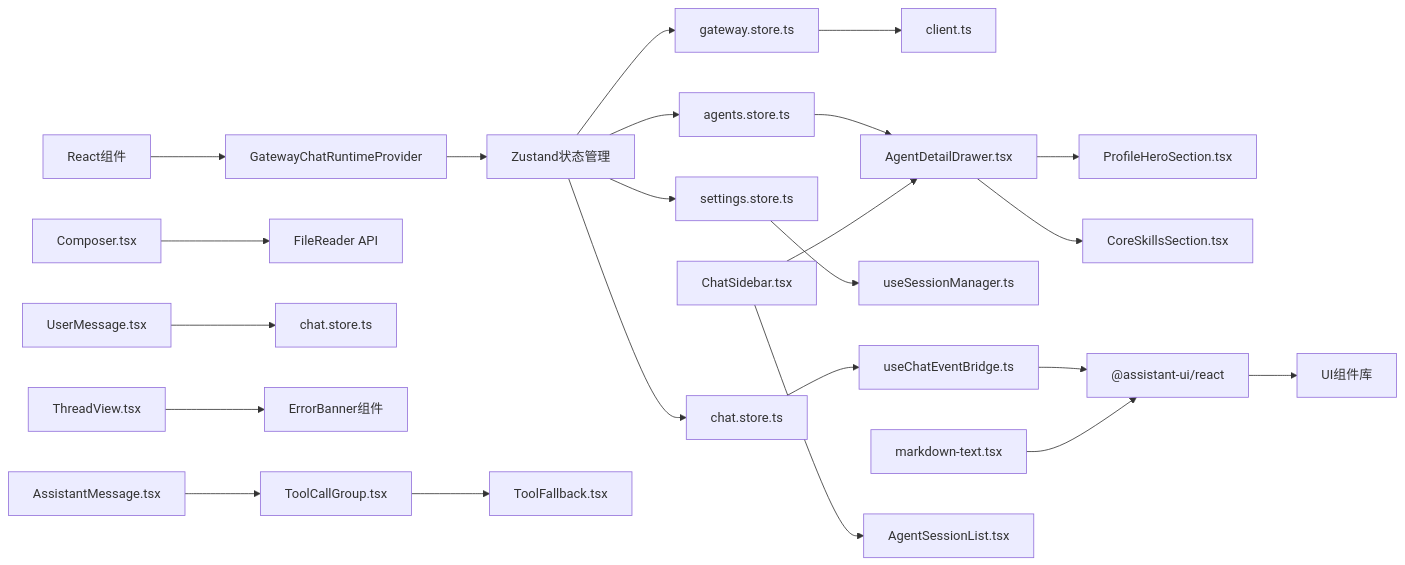
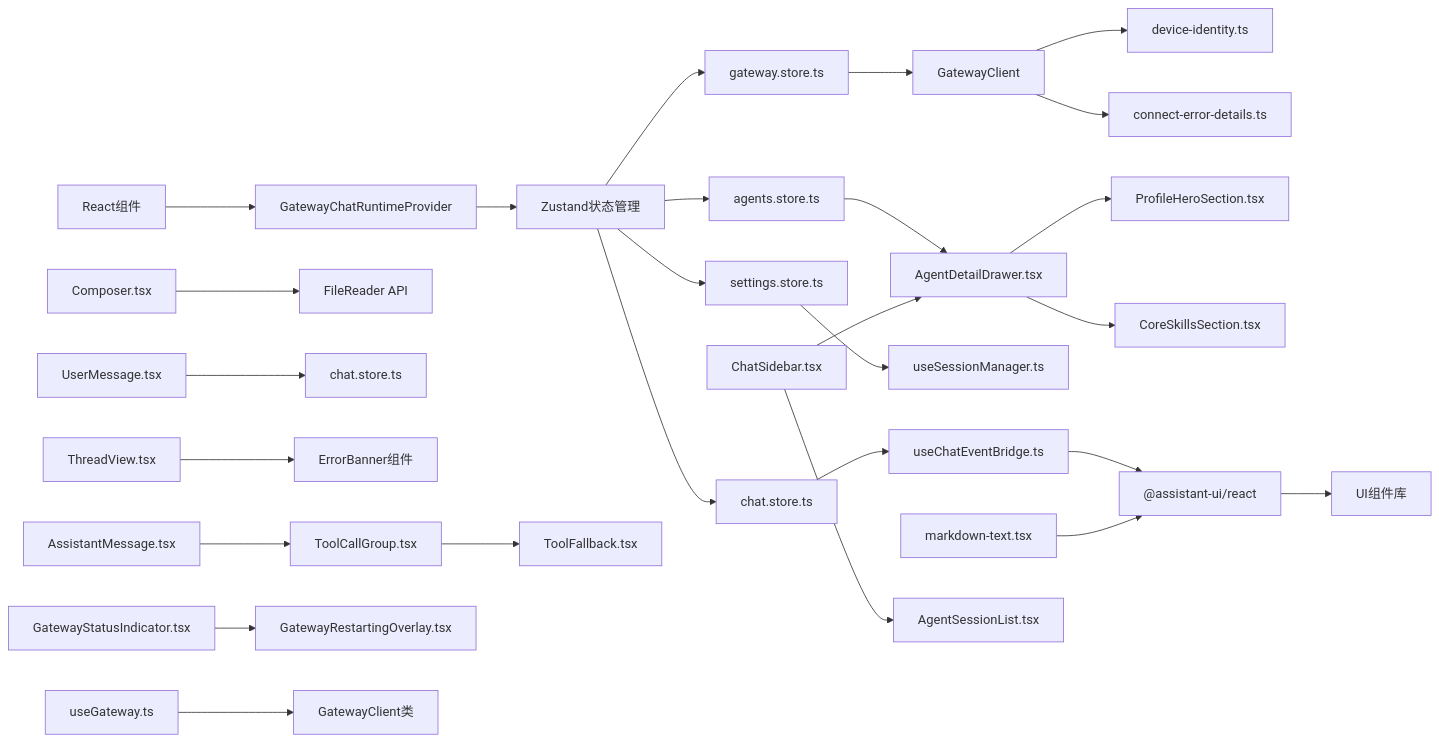
Before and after one commit to verse-ai-org/openclaw: diagram 21 of 21 in .qoder/repowiki/zh/content/Web界面/WebChat界面/WebChat界面.md, drawn with Mermaid. The commit also changed other lines of this file and 20 other files, not shown here.

````diff
--- a/.qoder/repowiki/zh/content/Web界面/WebChat界面/WebChat界面.md
+++ b/.qoder/repowiki/zh/content/Web界面/WebChat界面/WebChat界面.md
@@ -679,25 +920,29 @@
 ```mermaid
 graph LR
 React_Components["React组件"] --> Runtime["GatewayChatRuntimeProvider"]
 Runtime --> Zustand["Zustand状态管理"]
 Zustand --> GatewayStore["gateway.store.ts"]
 Zustand --> ChatStore["chat.store.ts"]
 Zustand --> SettingsStore["settings.store.ts"]
 Zustand --> AgentsStore["agents.store.ts"]
-GatewayStore --> Client["client.ts"]
+GatewayStore --> Client["GatewayClient"]
+Client --> DeviceIdentity["device-identity.ts"]
+Client --> ConnectErrors["connect-error-details.ts"]
 ChatStore --> Events["useChatEventBridge.ts"]
 SettingsStore --> SessionManager["useSessionManager.ts"]
 AgentsStore --> AgentDetailDrawer["AgentDetailDrawer.tsx"]
 AgentDetailDrawer --> ProfileHero["ProfileHeroSection.tsx"]
 AgentDetailDrawer --> CoreSkills["CoreSkillsSection.tsx"]
 Events --> AssistantUI["@assistant-ui/react"]
 AssistantUI --> Components["UI组件库"]
 MarkdownComponents["markdown-text.tsx"] --> AssistantUI
 ChatSidebar["ChatSidebar.tsx"] --> AgentDetailDrawer
 ChatSidebar --> AgentSessionList["AgentSessionList.tsx"]
 Composer["Composer.tsx"] --> FileReader["FileReader API"]
 UserMessage["UserMessage.tsx"] --> ZustandStore["chat.store.ts"]
 ThreadView["ThreadView.tsx"] --> ErrorBanner["ErrorBanner组件"]
 AssistantMessage["AssistantMessage.tsx"] --> ToolCallGroup["ToolCallGroup.tsx"]
 ToolCallGroup --> ToolFallback["ToolFallback.tsx"]
+GatewayStatusIndicator["GatewayStatusIndicator.tsx"] --> GatewayRestartingOverlay["GatewayRestartingOverlay.tsx"]
+useGateway["useGateway.ts"] --> GatewayClient["GatewayClient类"]
 ```
````
